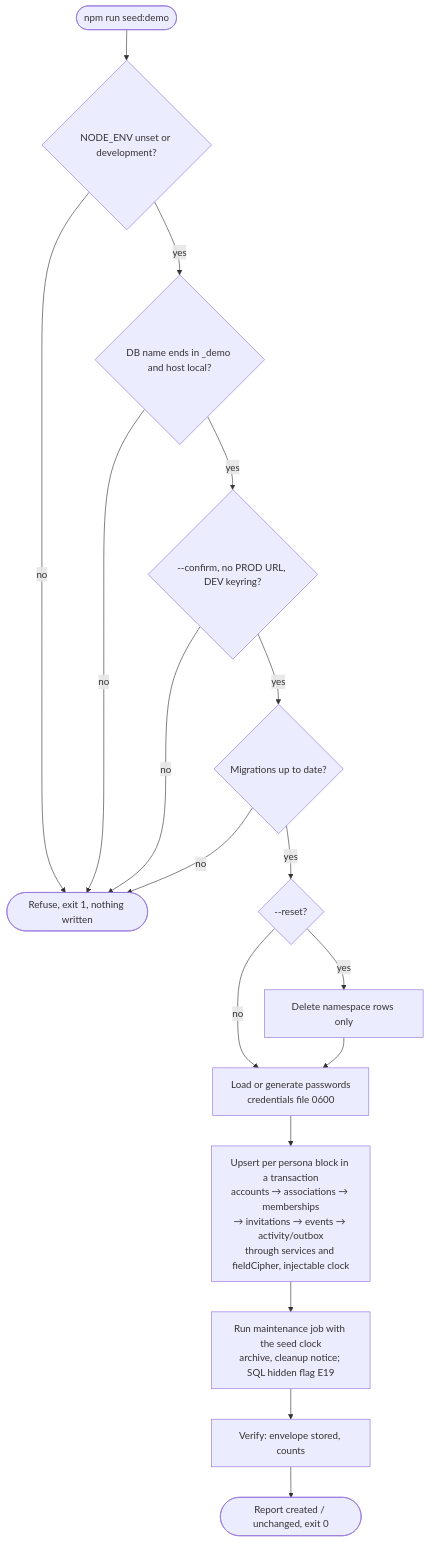
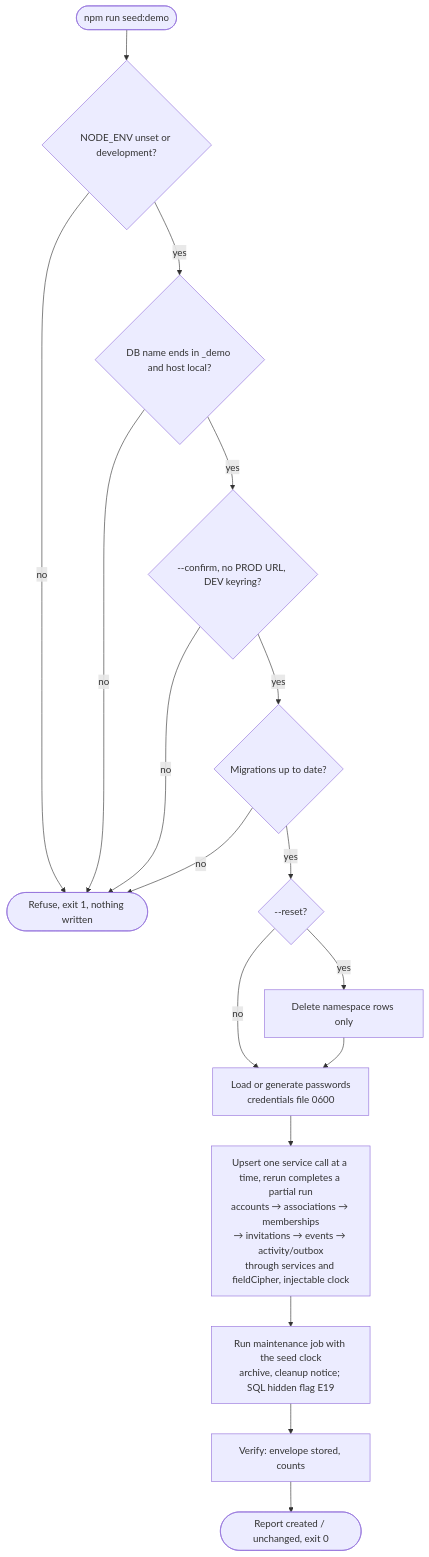
Before and after one commit to benoit-bremaud/HappiHub: the diagram in docs/architecture/diagrams/test-environment/02-activity-seed-run.md, drawn with Mermaid. The commit also changed 2 other files, not shown here.

Commit message:
docs(demo): address the PR review of the test environment study (#251)
Expired and revoked invitations become rejection cases only, public event
reads stay open across associations, and the owner chose D7 A: idempotent
rerun without an outer transaction.

````diff
--- a/docs/architecture/diagrams/test-environment/02-activity-seed-run.md
+++ b/docs/architecture/diagrams/test-environment/02-activity-seed-run.md
@@ -9,20 +9,20 @@
 ```mermaid
 flowchart TD
   S([npm run seed:demo]) --> G1{NODE_ENV unset or development?}
   G1 -- no --> X([Refuse, exit 1, nothing written])
   G1 -- yes --> G2{DB name ends in _demo and host local?}
   G2 -- no --> X
   G2 -- yes --> G3{"--confirm, no PROD URL, DEV keyring?"}
   G3 -- no --> X
   G3 -- yes --> M{Migrations up to date?}
   M -- no --> X
   M -- yes --> R{--reset?}
   R -- yes --> D[Delete namespace rows only]
   R -- no --> C
   D --> C[Load or generate passwords<br/>credentials file 0600]
-  C --> U[Upsert per persona block in a transaction<br/>accounts → associations → memberships<br/>→ invitations → events → activity/outbox<br/>through services and fieldCipher, injectable clock]
+  C --> U[Upsert one service call at a time, rerun completes a partial run<br/>accounts → associations → memberships<br/>→ invitations → events → activity/outbox<br/>through services and fieldCipher, injectable clock]
   U --> J[Run maintenance job with the seed clock<br/>archive, cleanup notice; SQL hidden flag E19]
   J --> V
   V[Verify: envelope stored, counts]
   V --> E([Report created / unchanged, exit 0])
 ```
````
